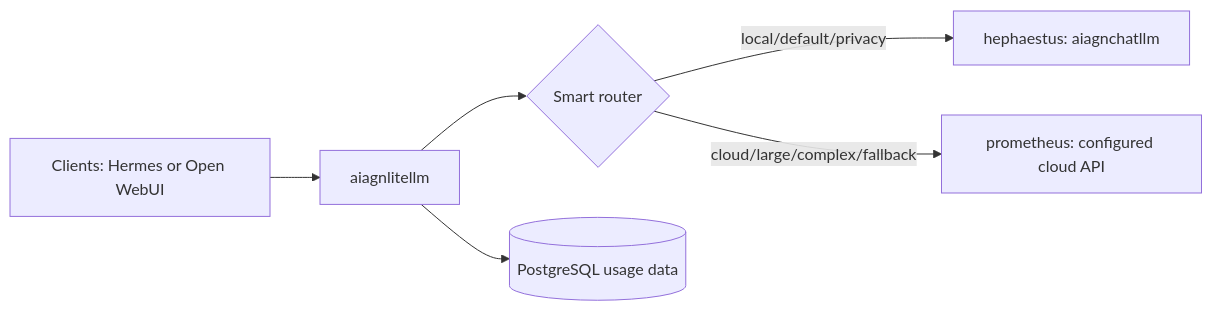
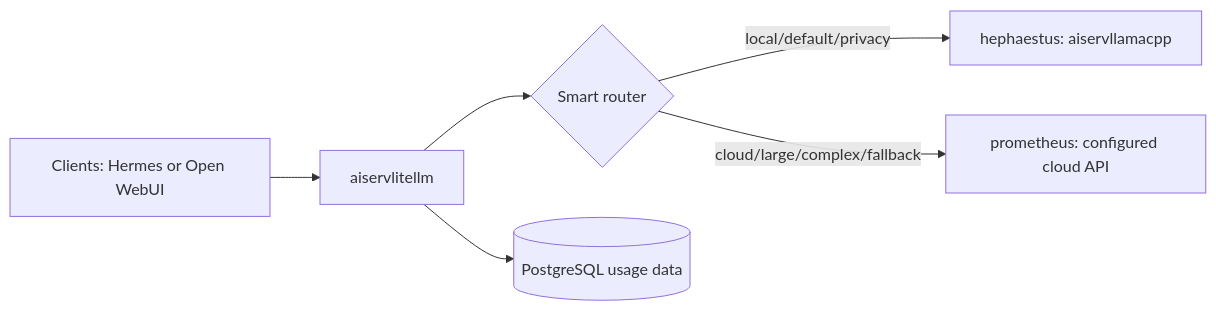
The fourth of 7 diagrams in docs/architecture/DATA-FLOW.md (yongxinL/servicehub), drawn with Mermaid before and after one commit. The commit also changed other lines of this file and 52 other files, not shown here.

````diff
--- a/docs/architecture/DATA-FLOW.md
+++ b/docs/architecture/DATA-FLOW.md
@@ -99,8 +99,8 @@
 ```mermaid
 flowchart LR
-    C[Clients: Hermes or Open WebUI] --> L[aiagnlitellm]
+    C[Clients: Hermes or Open WebUI] --> L[aiservlitellm]
     L --> R{Smart router}
-    R -->|local/default/privacy| H[hephaestus: aiagnchatllm]
+    R -->|local/default/privacy| H[hephaestus: aiservllamacpp]
     R -->|cloud/large/complex/fallback| P[prometheus: configured cloud API]
     L --> DB[(PostgreSQL usage data)]
 ```
````
